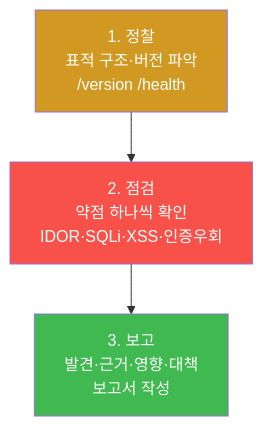
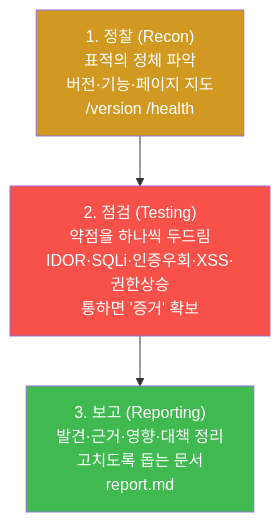
The second of 6 diagrams in contents/training/lecture_week04.md (mrgrit/easy_web_hacking_class), drawn with Mermaid before and after one commit. The commit also changed other lines of this file and 23 other files, not shown here.

````diff
--- a/contents/training/lecture_week04.md
+++ b/contents/training/lecture_week04.md
@@ -60,8 +148,10 @@
 ```mermaid
 graph TD
-    A["1. 정찰<br/>표적 구조·버전 파악<br/>/version /health"] --> B["2. 점검<br/>약점 하나씩 확인<br/>IDOR·SQLi·XSS·인증우회"]
-    B --> C["3. 보고<br/>발견·근거·영향·대책<br/>보고서 작성"]
+    A["1. 정찰 (Recon)<br/>표적의 정체 파악<br/>버전·기능·페이지 지도<br/>/version /health"]
+    B["2. 점검 (Testing)<br/>약점을 하나씩 두드림<br/>IDOR·SQLi·인증우회·XSS·권한상승<br/>통하면 '증거' 확보"]
+    C["3. 보고 (Reporting)<br/>발견·근거·영향·대책 정리<br/>고치도록 돕는 문서<br/>report.md"]
+    A --> B --> C
     style A fill:#d29922,color:#fff
     style B fill:#f85149,color:#fff
     style C fill:#3fb950,color:#fff
 ```
````
